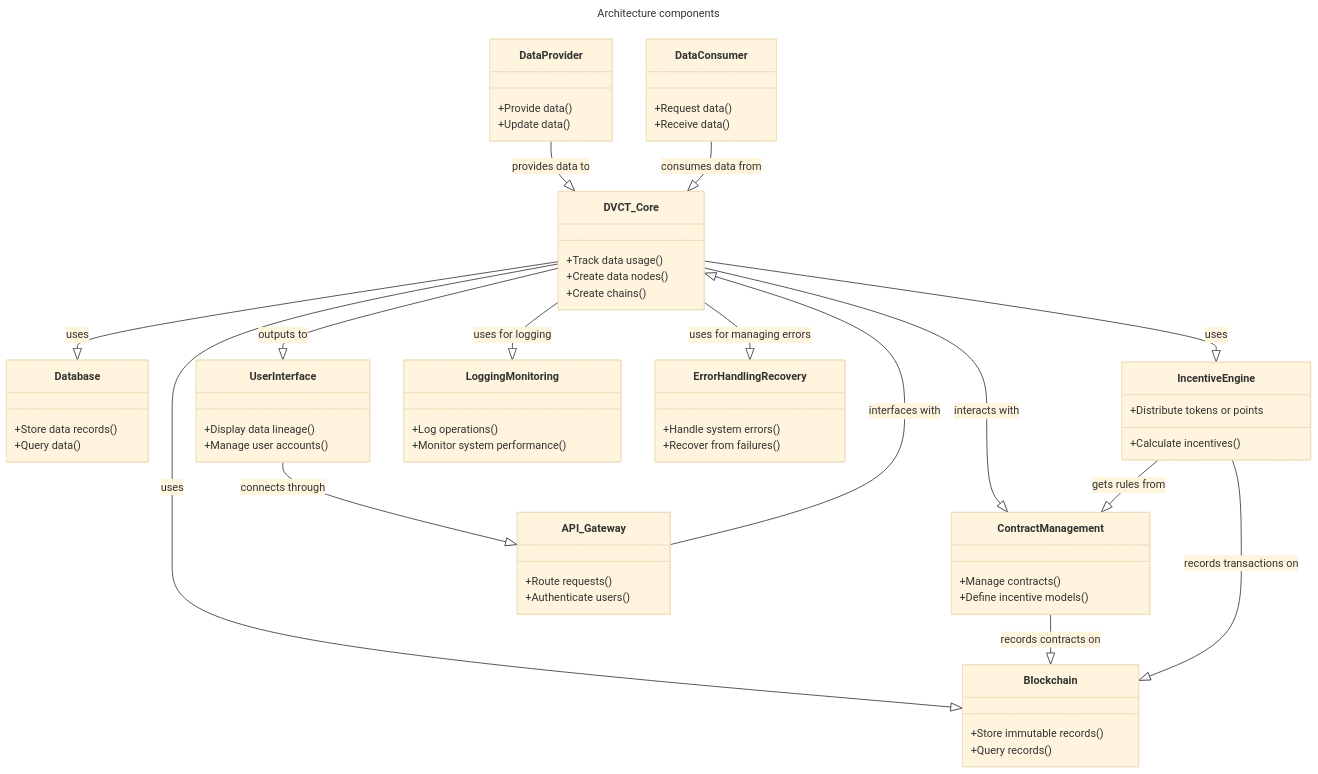
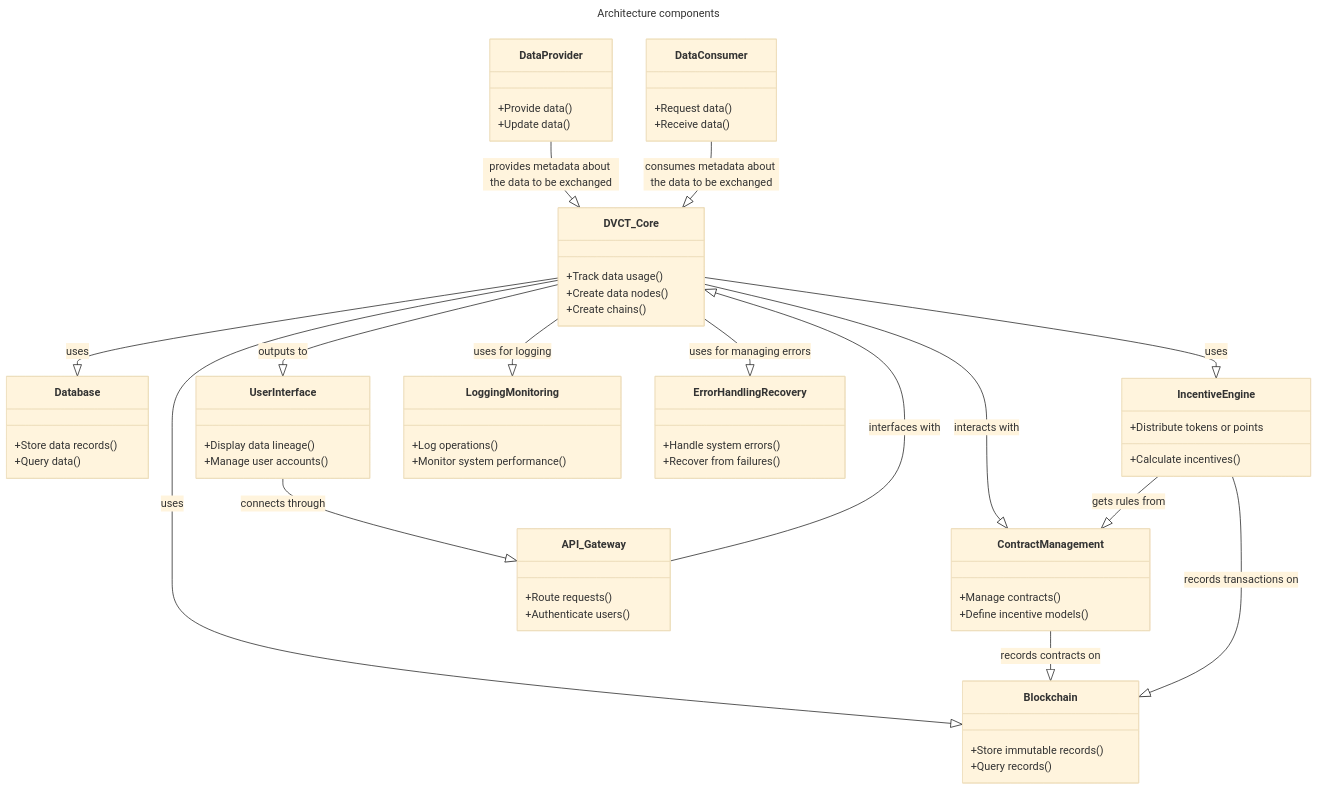
Before and after one commit to Prometheus-X-association/data-value-chain-tracker: the second of 6 diagrams in docs/design-document.md, drawn with Mermaid (base theme).

Commit message:
Update Architecture metadata design-document.md
*

````diff
--- a/docs/design-document.md
+++ b/docs/design-document.md
@@ -445,66 +445,66 @@
 ```mermaid
 ---
 title: Architecture components
 ---
 classDiagram
     class DataProvider {
         +Provide data()
         +Update data()
     }
     class DataConsumer {
         +Request data()
         +Receive data()
     }
     class DVCT_Core {
         +Track data usage()
         +Create data nodes()
         +Create chains()
     }
     class Blockchain {
         +Store immutable records()
         +Query records()
     }
     class Database {
         +Store data records()
         +Query data()
     }
     class UserInterface {
         +Display data lineage()
         +Manage user accounts()
     }
     class ContractManagement {
         +Manage contracts()
         +Define incentive models()
     }
     class IncentiveEngine {
         +Calculate incentives()
         +Distribute tokens or points
     }
     class API_Gateway {
         +Route requests()
         +Authenticate users()
     }
     class LoggingMonitoring {
         +Log operations()
         +Monitor system performance()
     }
     class ErrorHandlingRecovery {
         +Handle system errors()
         +Recover from failures()
     }
 
-    DataProvider --|> DVCT_Core : provides data to
-    DataConsumer --|> DVCT_Core : consumes data from
+    DataProvider --|> DVCT_Core : provides metadata about the data to be exchanged
+    DataConsumer --|> DVCT_Core : consumes metadata about the data to be exchanged
     DVCT_Core --|> Blockchain : uses
     DVCT_Core --|> Database : uses
     DVCT_Core --|> UserInterface : outputs to
     DVCT_Core --|> ContractManagement : interacts with
     DVCT_Core --|> IncentiveEngine : uses
     API_Gateway --|> DVCT_Core : interfaces with
     UserInterface --|> API_Gateway : connects through
     ContractManagement --|> Blockchain : records contracts on
     IncentiveEngine --|> ContractManagement : gets rules from
     IncentiveEngine --|> Blockchain : records transactions on
     DVCT_Core --|> LoggingMonitoring : uses for logging
     DVCT_Core --|> ErrorHandlingRecovery : uses for managing errors
 ```
````
